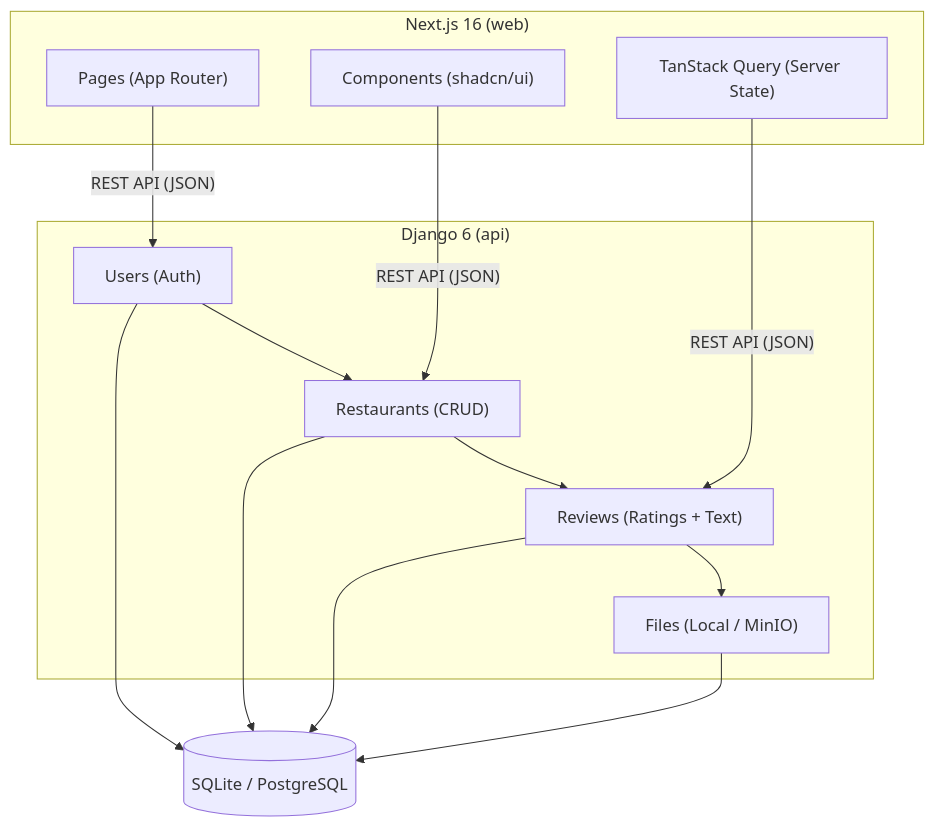
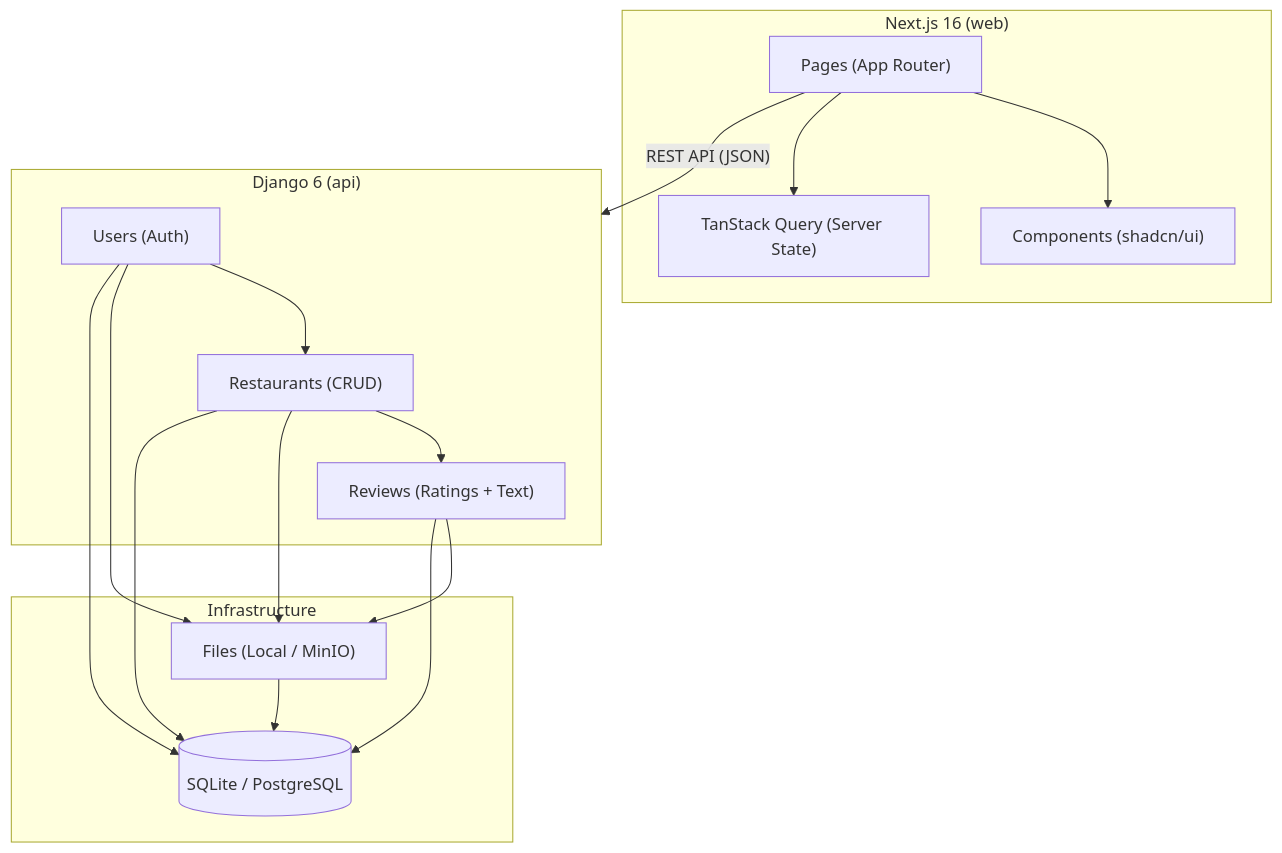
One commit to Krr0ptioN/cse-220 changed the diagram in README.md. Above: the diagram before and after it, drawn with Mermaid.

Commit message:
docs(readme): organizing the system overview more accuratly

````diff
--- a/README.md
+++ b/README.md
@@ -345,30 +345,35 @@
 ```mermaid
 graph TB
     subgraph Frontend["Next.js 16 (web)"]
         Pages["Pages (App Router)"]
         Components["Components (shadcn/ui)"]
         Query["TanStack Query (Server State)"]
     end
 
     subgraph Backend["Django 6 (api)"]
         Users["Users (Auth)"]
         Restaurants["Restaurants (CRUD)"]
         Reviews["Reviews (Ratings + Text)"]
+    end
+
+    subgraph Infra["Infrastructure"]
+        DB[("SQLite / PostgreSQL")]
         Files["Files (Local / MinIO)"]
     end
 
-    DB[("SQLite / PostgreSQL")]
-
-    Pages -->|"REST API (JSON)"| Users
-    Components -->|"REST API (JSON)"| Restaurants
-    Query -->|"REST API (JSON)"| Reviews
+    Pages -->|"REST API (JSON)"| Backend
+    Pages --> Components
+    Pages --> Query
 
     Users --> Restaurants
     Restaurants --> Reviews
+
+    Users --> Files
+    Restaurants --> Files
     Reviews --> Files
 
     Users --> DB
     Restaurants --> DB
     Reviews --> DB
     Files --> DB
 ```
````
